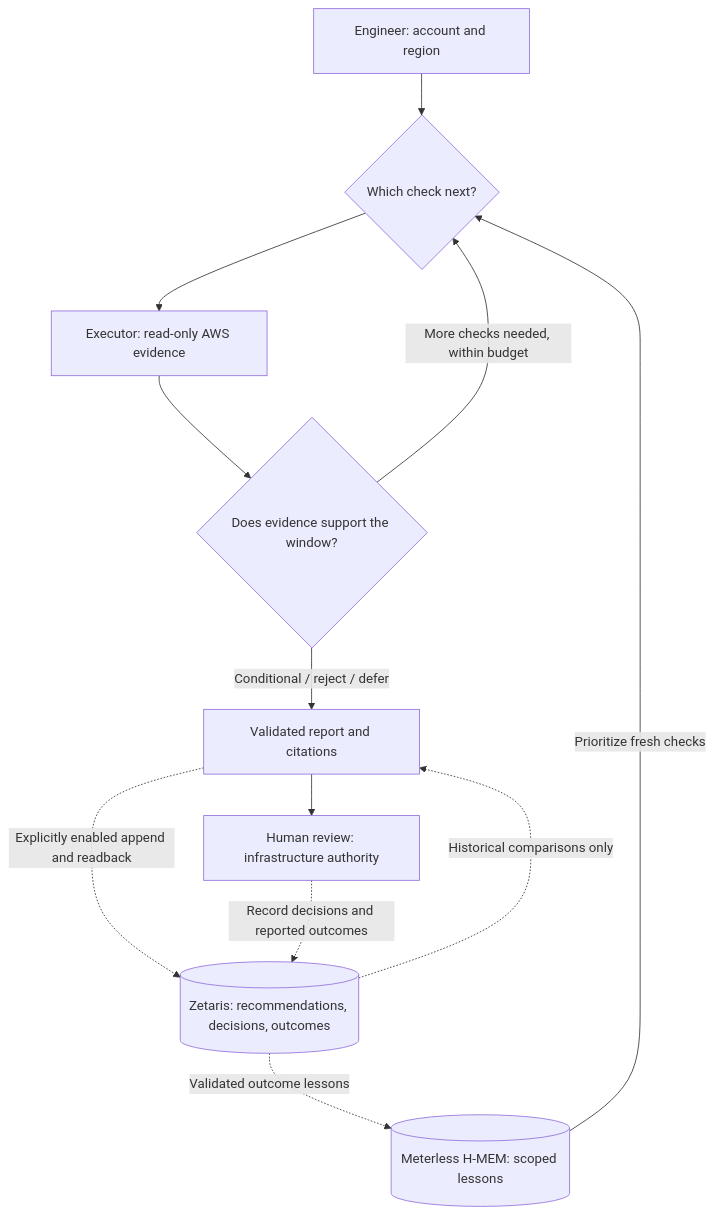
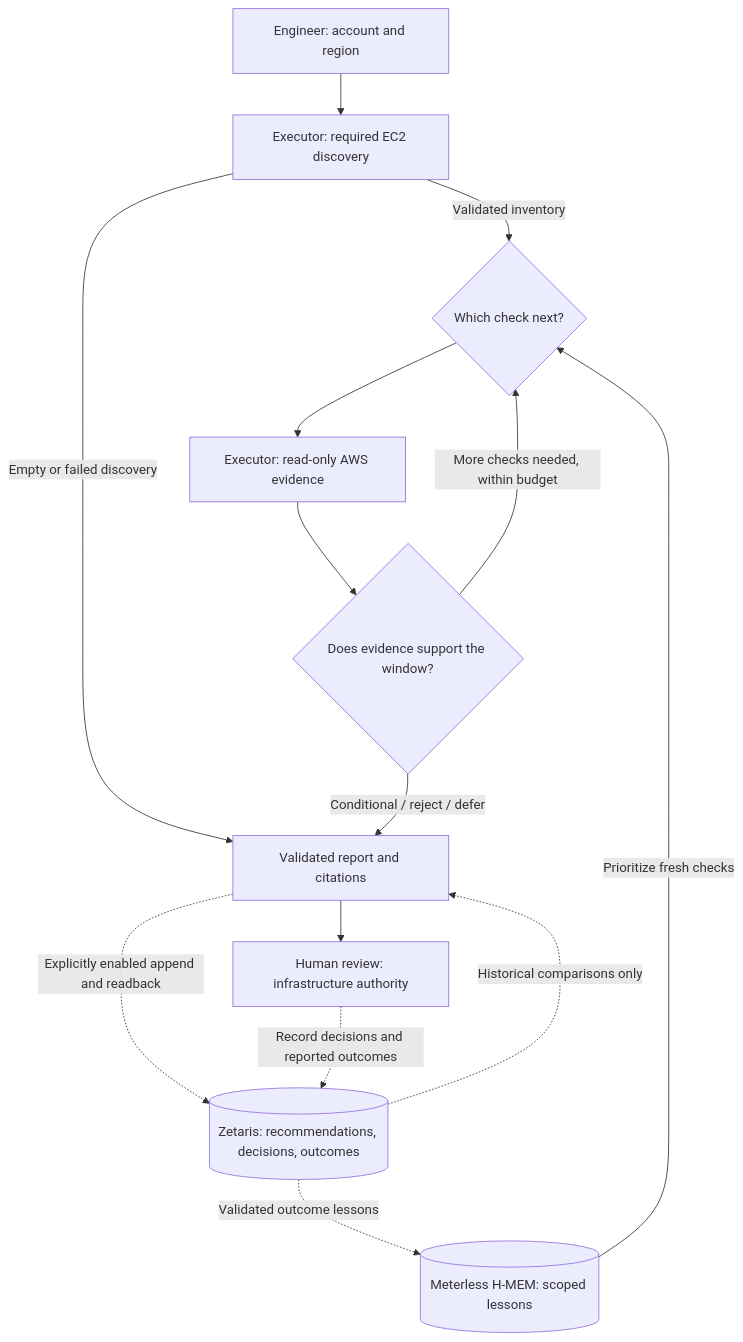
Before and after one commit to milaforge/cloud-cost-investigator: the diagram in README.md, drawn with Mermaid. The commit also changed other lines of this file and 22 other files, not shown here.

````diff
--- a/README.md
+++ b/README.md
@@ -33,14 +33,16 @@
 ```mermaid
 flowchart TD
-    U[Engineer: account and region] --> P{Which check next?}
+    U[Engineer: account and region] --> D[Executor: required EC2 discovery]
+    D -->|Validated inventory| P{Which check next?}
+    D -->|Empty or failed discovery| R
     M[(Meterless H-MEM: scoped lessons)] -->|Prioritize fresh checks| P
     P --> X[Executor: read-only AWS evidence]
     X --> E{Does evidence support the window?}
     E -->|More checks needed, within budget| P
     E -->|Conditional / reject / defer| R[Validated report and citations]
     R --> H[Human review: infrastructure authority]
     R -.->|Explicitly enabled append and readback| Z[(Zetaris: recommendations, decisions, outcomes)]
     H -.->|Record decisions and reported outcomes| Z
     Z -.->|Historical comparisons only| R
     Z -.->|Validated outcome lessons| M
 ```
````
